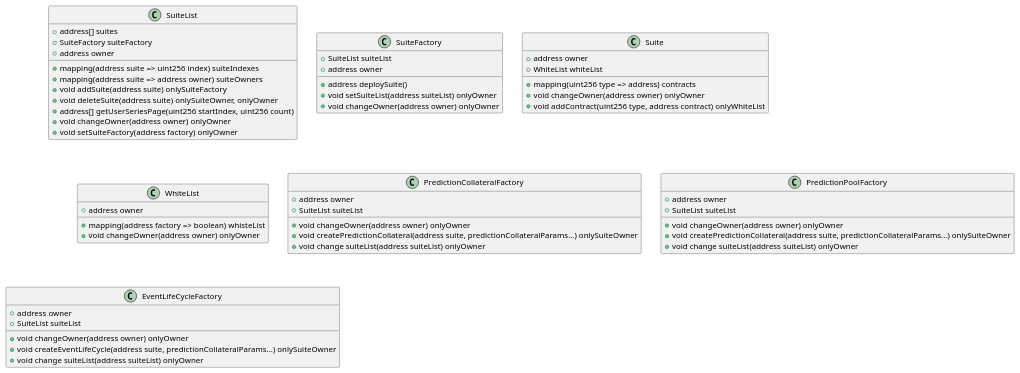
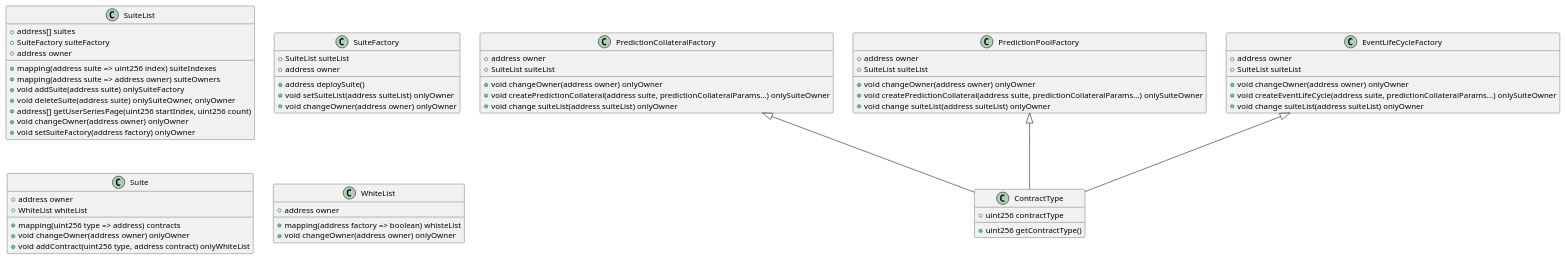
The diagram in docs/FactoryClassDiagram.puml (yurivin/polars_contracts), drawn with PlantUML before and after one commit. The commit also changed 2 other files, not shown here.

```diff
--- a/docs/FactoryClassDiagram.puml
+++ b/docs/FactoryClassDiagram.puml
@@ -1,61 +1,71 @@
 @startuml
 class SuiteList {
     +address[] suites
     +SuiteFactory suiteFactory
     +address owner
     +mapping(address suite => uint256 index) suiteIndexes
     +mapping(address suite => address owner) suiteOwners
     +void addSuite(address suite) onlySuiteFactory
     +void deleteSuite(address suite) onlySuiteOwner, onlyOwner
     +address[] getUserSeriesPage(uint256 startIndex, uint256 count)
     +void changeOwner(address owner) onlyOwner
     +void setSuiteFactory(address factory) onlyOwner
 }
 
 class SuiteFactory {
     +SuiteList suiteList
     +address owner
     +address deploySuite()
     +void setSuiteList(address suiteList) onlyOwner
     +void changeOwner(address owner) onlyOwner
 }
 
 class Suite {
     +address owner
     +WhiteList whiteList
     +mapping(uint256 type => address) contracts
     +void changeOwner(address owner) onlyOwner
     +void addContract(uint256 type, address contract) onlyWhiteList
 }
 
 class WhiteList {
     +address owner
     +mapping(address factory => boolean) whisteList
     +void changeOwner(address owner) onlyOwner
 }
 
+PredictionCollateralFactory <|-- ContractType
 class PredictionCollateralFactory {
     +address owner
     +SuiteList suiteList
     +void changeOwner(address owner) onlyOwner
     +void createPredictionCollateral(address suite, predictionCollateralParams...) onlySuiteOwner
     +void change suiteList(address suiteList) onlyOwner
 }
 
+PredictionPoolFactory <|-- ContractType
 class PredictionPoolFactory {
     +address owner
     +SuiteList suiteList
     +void changeOwner(address owner) onlyOwner
     +void createPredictionCollateral(address suite, predictionCollateralParams...) onlySuiteOwner
     +void change suiteList(address suiteList) onlyOwner
 }
 
+EventLifeCycleFactory <|-- ContractType
 class EventLifeCycleFactory {
     +address owner
     +SuiteList suiteList
     +void changeOwner(address owner) onlyOwner
     +void createEventLifeCycle(address suite, predictionCollateralParams...) onlySuiteOwner
     +void change suiteList(address suiteList) onlyOwner
 }
 
+class ContractType {
+    +uint256 contractType
+    +uint256 getContractType()
+}
+
+
+
 @enduml
```
